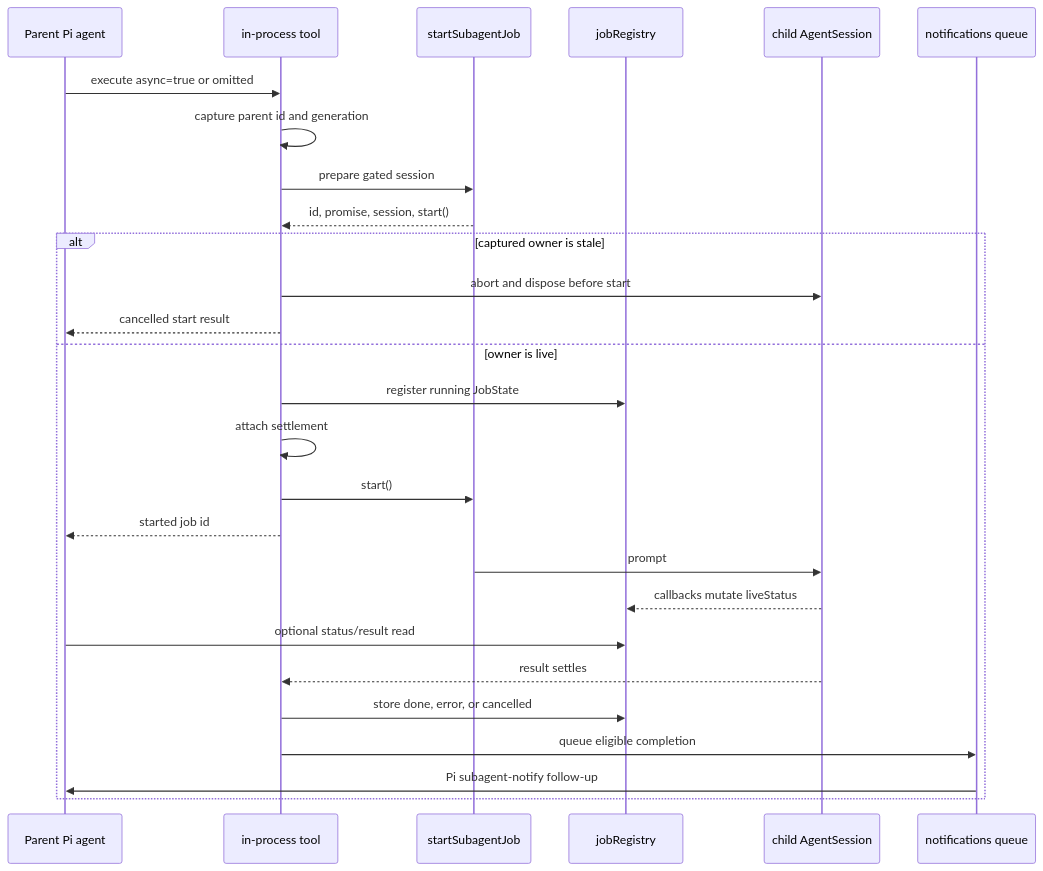
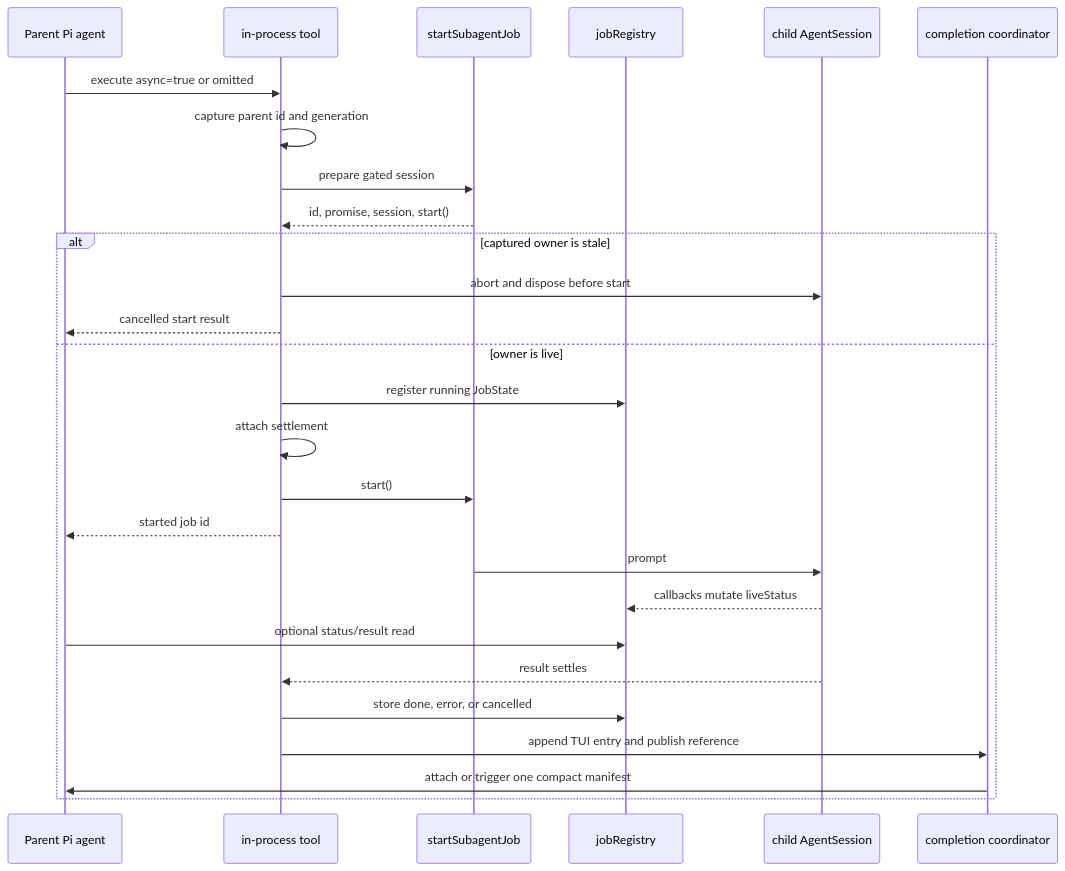
One commit to avi2d/pi-subagentura changed the fourth of 8 diagrams in architecture.md. Above: the diagram before and after it, drawn with Mermaid. The commit also changed other lines of this file and 32 other files, not shown here.

````diff
--- a/architecture.md
+++ b/architecture.md
@@ -294,30 +309,30 @@
 ```mermaid
 sequenceDiagram
   participant P as Parent Pi agent
   participant T as in-process tool
   participant H as startSubagentJob
   participant R as jobRegistry
   participant S as child AgentSession
-  participant N as notifications queue
+  participant C as completion coordinator
 
   P->>T: execute async=true or omitted
   T->>T: capture parent id and generation
   T->>H: prepare gated session
   H-->>T: id, promise, session, start()
   alt captured owner is stale
     T->>S: abort and dispose before start
     T-->>P: cancelled start result
   else owner is live
     T->>R: register running JobState
     T->>T: attach settlement
     T->>H: start()
     T-->>P: started job id
     H->>S: prompt
     S-->>R: callbacks mutate liveStatus
     P->>R: optional status/result read
     S-->>T: result settles
     T->>R: store done, error, or cancelled
-    T->>N: queue eligible completion
-    N->>P: Pi subagent-notify follow-up
+    T->>C: append TUI entry and publish reference
+    C->>P: attach or trigger one compact manifest
   end
 ```
````
